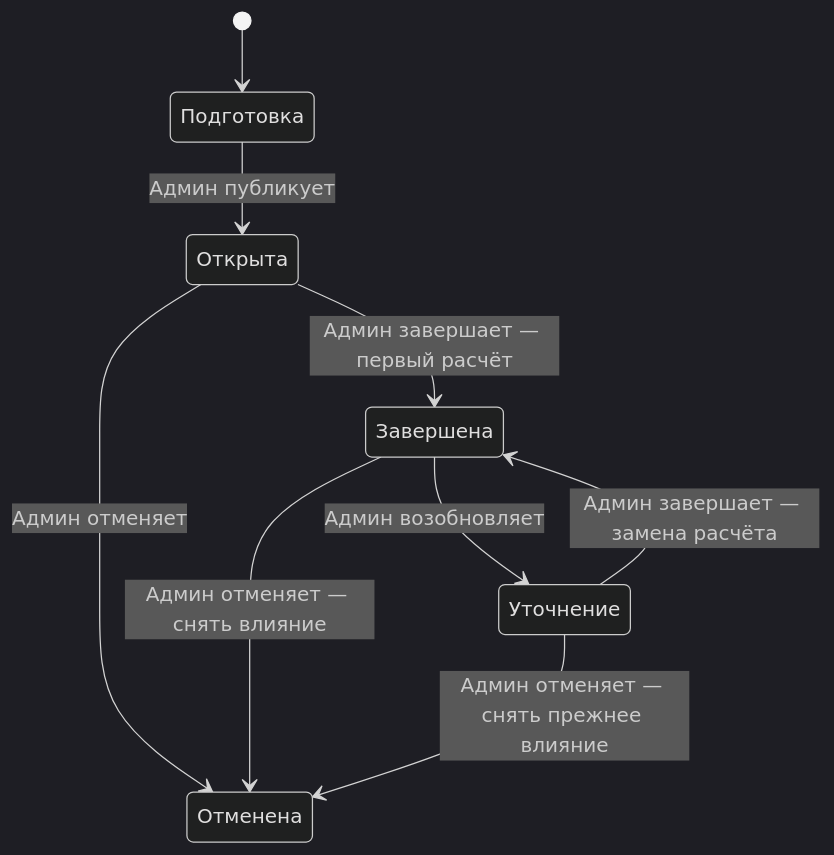
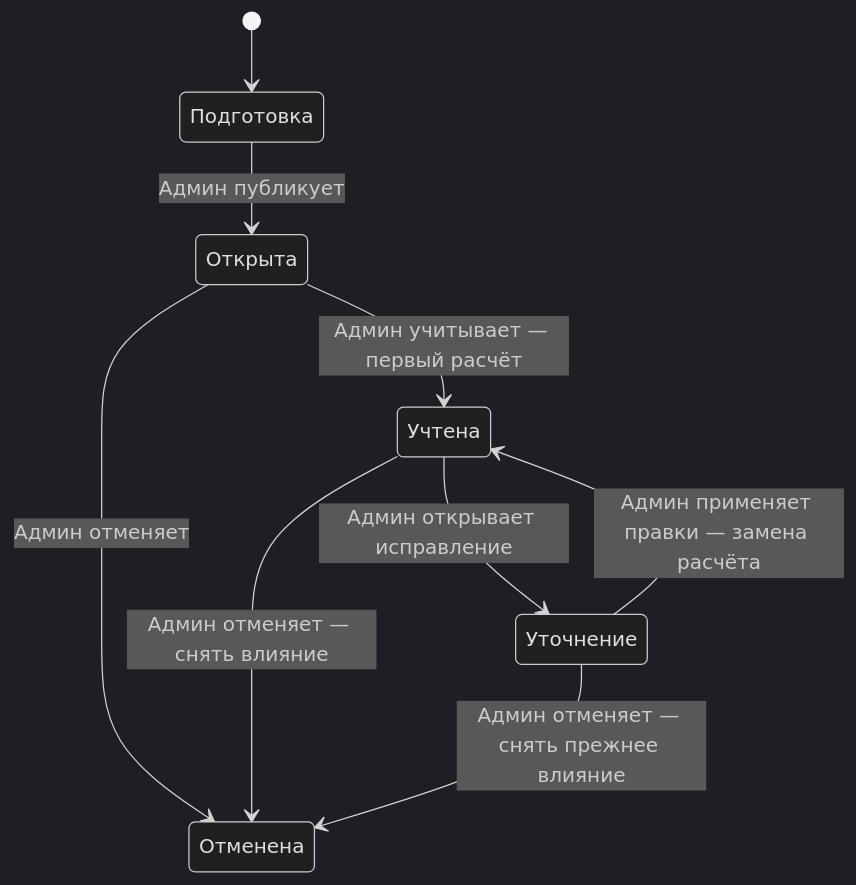
Before and after one commit to Romamor/tennis-split-bot: the second of 3 diagrams in docs/UI_FLOW_REVIEW.md, drawn with Mermaid (dark theme). The commit also changed other lines of this file and 13 other files, not shown here.

Commit message:
Implement agreed bot UI flows and regression scenarios locally

````diff
--- a/docs/UI_FLOW_REVIEW.md
+++ b/docs/UI_FLOW_REVIEW.md
@@ -41,16 +43,16 @@
 ```mermaid
 stateDiagram-v2
     state "Подготовка" as Draft
     state "Открыта" as Open
-    state "Завершена" as Closed
+    state "Учтена" as Closed
     state "Уточнение" as Review
     state "Отменена" as Cancelled
     [*] --> Draft
     Draft --> Open: Админ публикует
-    Open --> Closed: Админ завершает — первый расчёт
-    Closed --> Review: Админ возобновляет
-    Review --> Closed: Админ завершает — замена расчёта
+    Open --> Closed: Админ учитывает — первый расчёт
+    Closed --> Review: Админ открывает исправление
+    Review --> Closed: Админ применяет правки — замена расчёта
     Open --> Cancelled: Админ отменяет
     Closed --> Cancelled: Админ отменяет — снять влияние
     Review --> Cancelled: Админ отменяет — снять прежнее влияние
 ```
````
